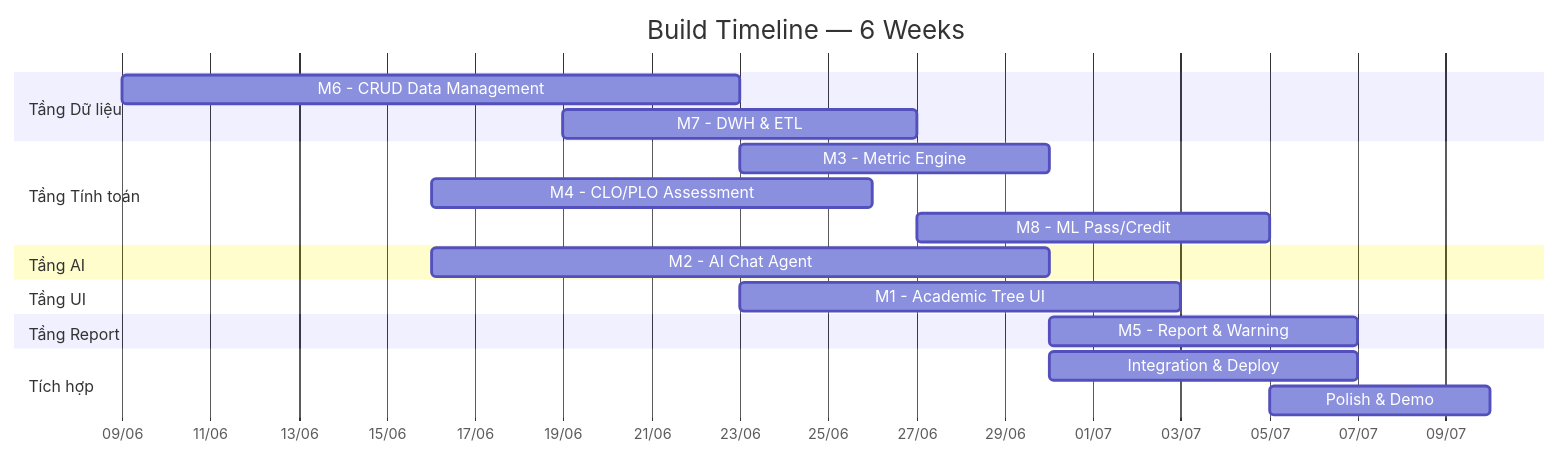
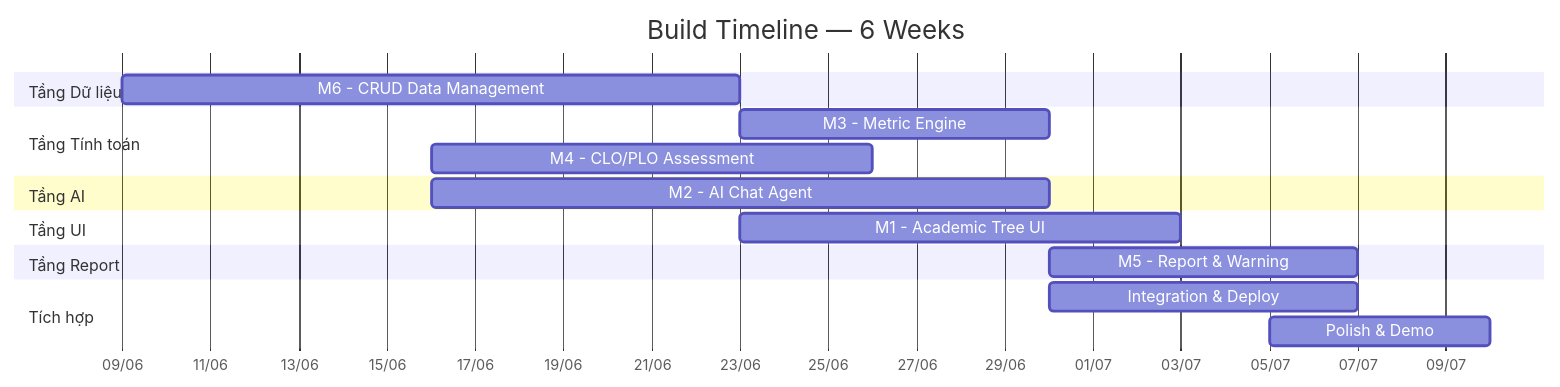
The sixth of 6 diagrams in docs/02-PRD/PRD.md (ritvien/-Learning-Analytics-AI), drawn with Mermaid before and after one commit. The commit also changed other lines of this file and 2 other files, not shown here.

````diff
--- a/docs/02-PRD/PRD.md
+++ b/docs/02-PRD/PRD.md
@@ -608,28 +482,26 @@
 ```mermaid
 gantt
     title Build Timeline — 6 Weeks
     dateFormat YYYY-MM-DD
     axisFormat %d/%m
 
     section Tầng Dữ liệu
     M6 - CRUD Data Management   :m6, 2026-06-09, 14d
-    M7 - DWH & ETL              :m7, 2026-06-19, 8d
 
     section Tầng Tính toán
     M3 - Metric Engine          :m3, after m6, 7d
     M4 - CLO/PLO Assessment     :m4, 2026-06-16, 10d
-    M8 - ML Pass/Credit         :m8, after m7, 8d
 
     section Tầng AI
     M2 - AI Chat Agent          :m2, 2026-06-16, 14d
 
     section Tầng UI
     M1 - Academic Tree UI       :m1, 2026-06-23, 10d
 
     section Tầng Report
     M5 - Report & Warning       :m5, 2026-06-30, 7d
 
     section Tích hợp
     Integration & Deploy        :int, 2026-06-30, 7d
     Polish & Demo               :pol, 2026-07-05, 5d
 ```
````
